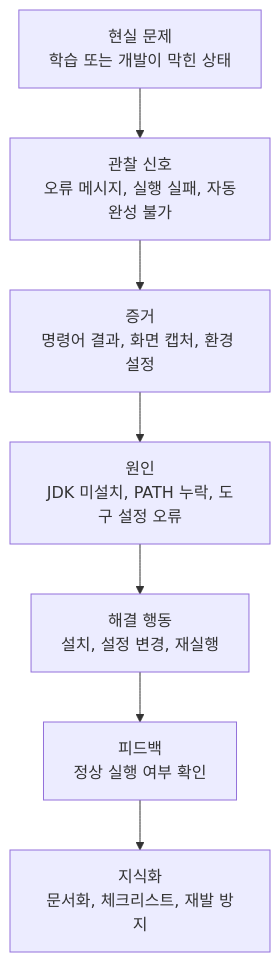
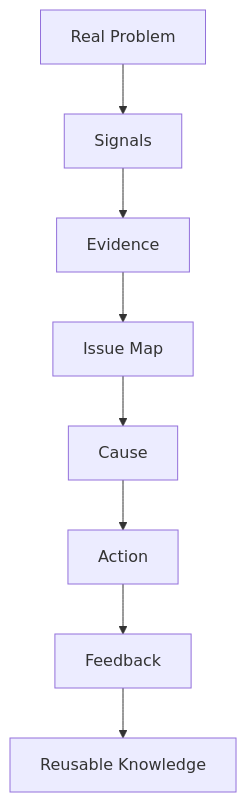
One commit to ai-agent-orchestrator/ontology-feedback changed the diagram in README.md. Above: the diagram before and after it, drawn with Mermaid. The commit also changed other lines of this file, not shown here.

````diff
--- a/README.md
+++ b/README.md
@@ -30,17 +49,19 @@
 ```mermaid
 flowchart TD
-    Problem["현실 문제<br/>학습 또는 개발이 막힌 상태"]
-    Signal["관찰 신호<br/>오류 메시지, 실행 실패, 자동완성 불가"]
-    Evidence["증거<br/>명령어 결과, 화면 캡처, 환경 설정"]
-    Cause["원인<br/>JDK 미설치, PATH 누락, 도구 설정 오류"]
-    Action["해결 행동<br/>설치, 설정 변경, 재실행"]
-    Feedback["피드백<br/>정상 실행 여부 확인"]
-    Knowledge["지식화<br/>문서화, 체크리스트, 재발 방지"]
+    A["Real Problem"]
+    B["Signals"]
+    C["Evidence"]
+    D["Issue Map"]
+    E["Cause"]
+    F["Action"]
+    G["Feedback"]
+    H["Reusable Knowledge"]
 
-    Problem --> Signal
-    Signal --> Evidence
-    Evidence --> Cause
-    Cause --> Action
-    Action --> Feedback
-    Feedback --> Knowledge
+    A --> B
+    B --> C
+    C --> D
+    D --> E
+    E --> F
+    F --> G
+    G --> H
 ```
````
